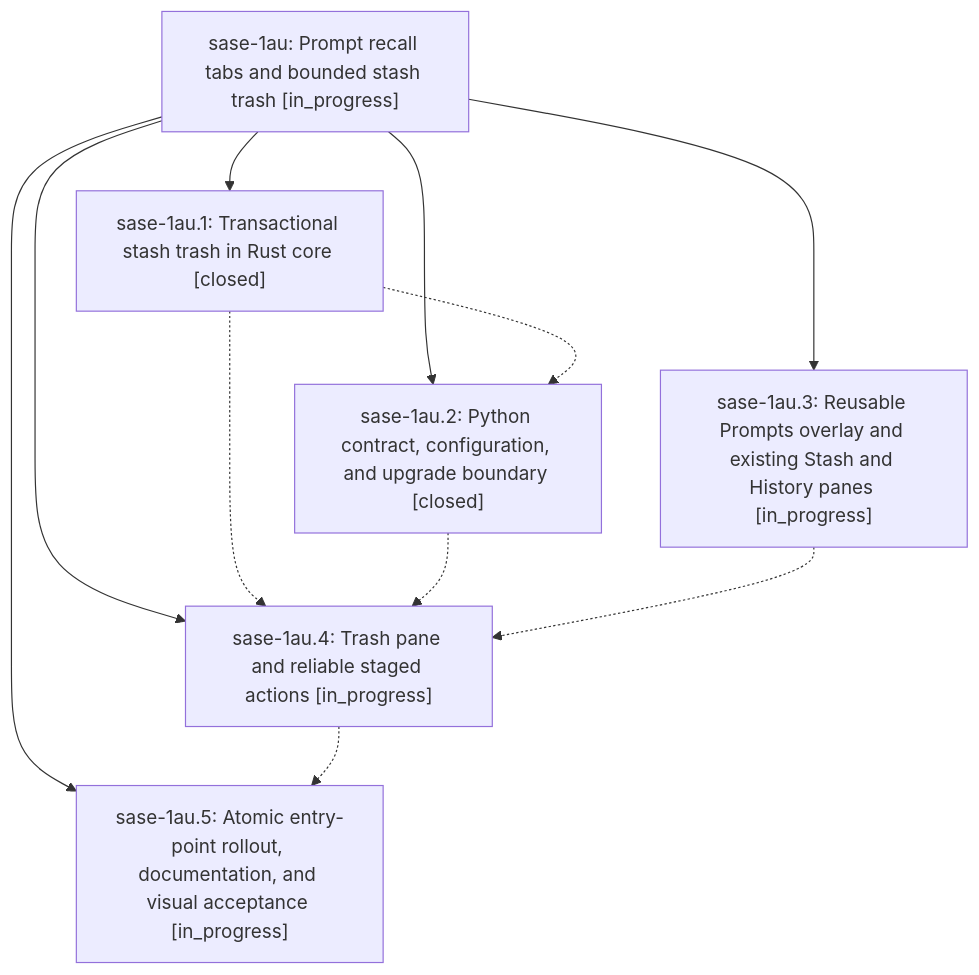
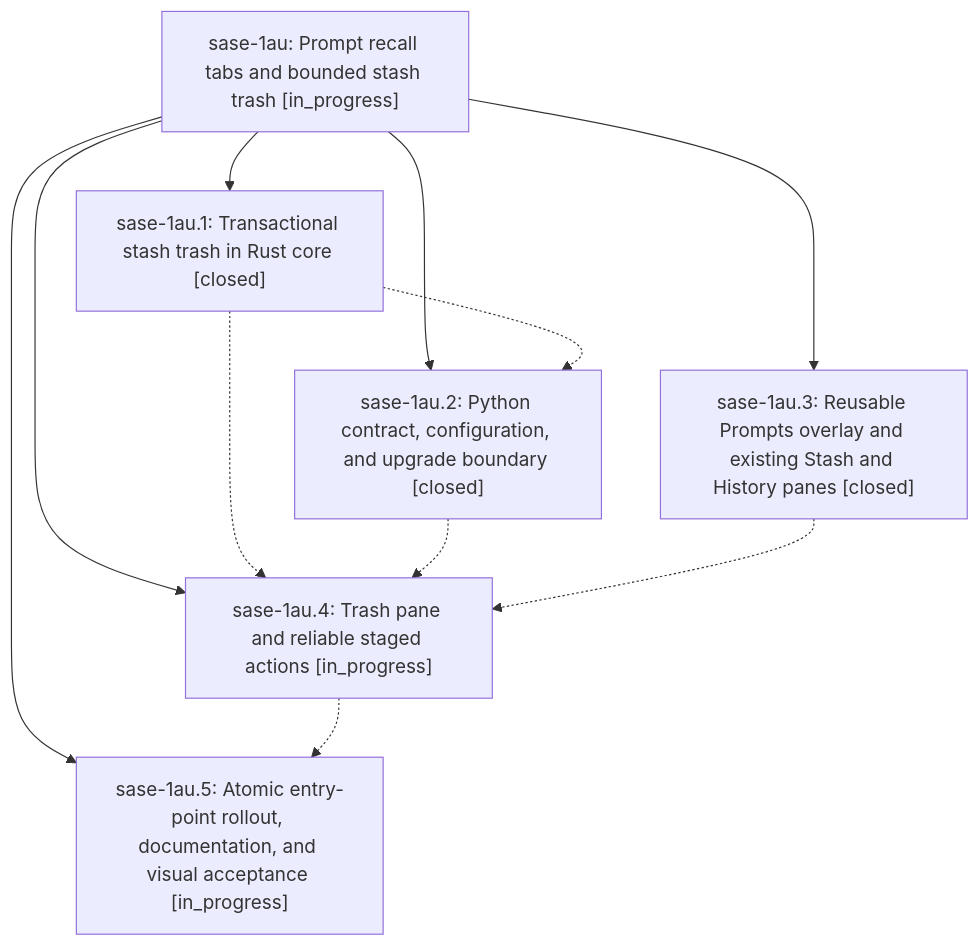
One commit to sase-org/sase--beads changed the diagram in pages/sase-1au/README.md. Above: the diagram before and after it, drawn with Mermaid. The commit also changed other lines of this file and 3 other files, not shown here.

````diff
--- a/pages/sase-1au/README.md
+++ b/pages/sase-1au/README.md
@@ -38,19 +38,19 @@
 ```mermaid
 flowchart TD
     n0["sase-1au: Prompt recall tabs and bounded stash trash [in_progress]"]
     n1["sase-1au.1: Transactional stash trash in Rust core [closed]"]
     n2["sase-1au.2: Python contract, configuration, and upgrade boundary [closed]"]
-    n3["sase-1au.3: Reusable Prompts overlay and existing Stash and History panes [in_progress]"]
+    n3["sase-1au.3: Reusable Prompts overlay and existing Stash and History panes [closed]"]
     n4["sase-1au.4: Trash pane and reliable staged actions [in_progress]"]
     n5["sase-1au.5: Atomic entry-point rollout, documentation, and visual acceptance [in_progress]"]
     n0 --> n1
     n0 --> n2
     n0 --> n3
     n0 --> n4
     n0 --> n5
     n1 -.-> n2
     n1 -.-> n4
     n2 -.-> n4
     n3 -.-> n4
     n4 -.-> n5
 ```
````
